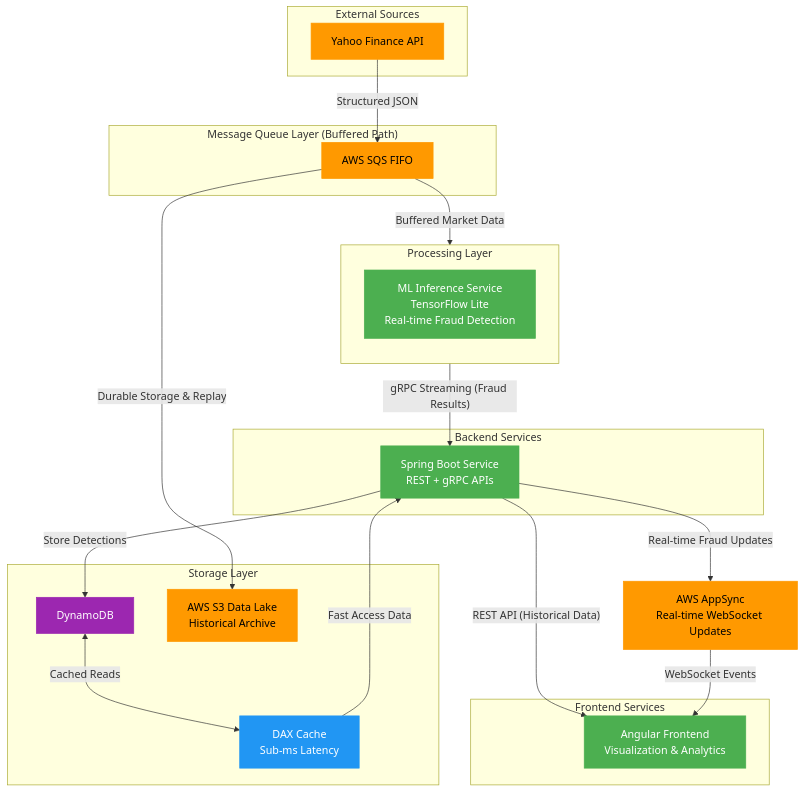
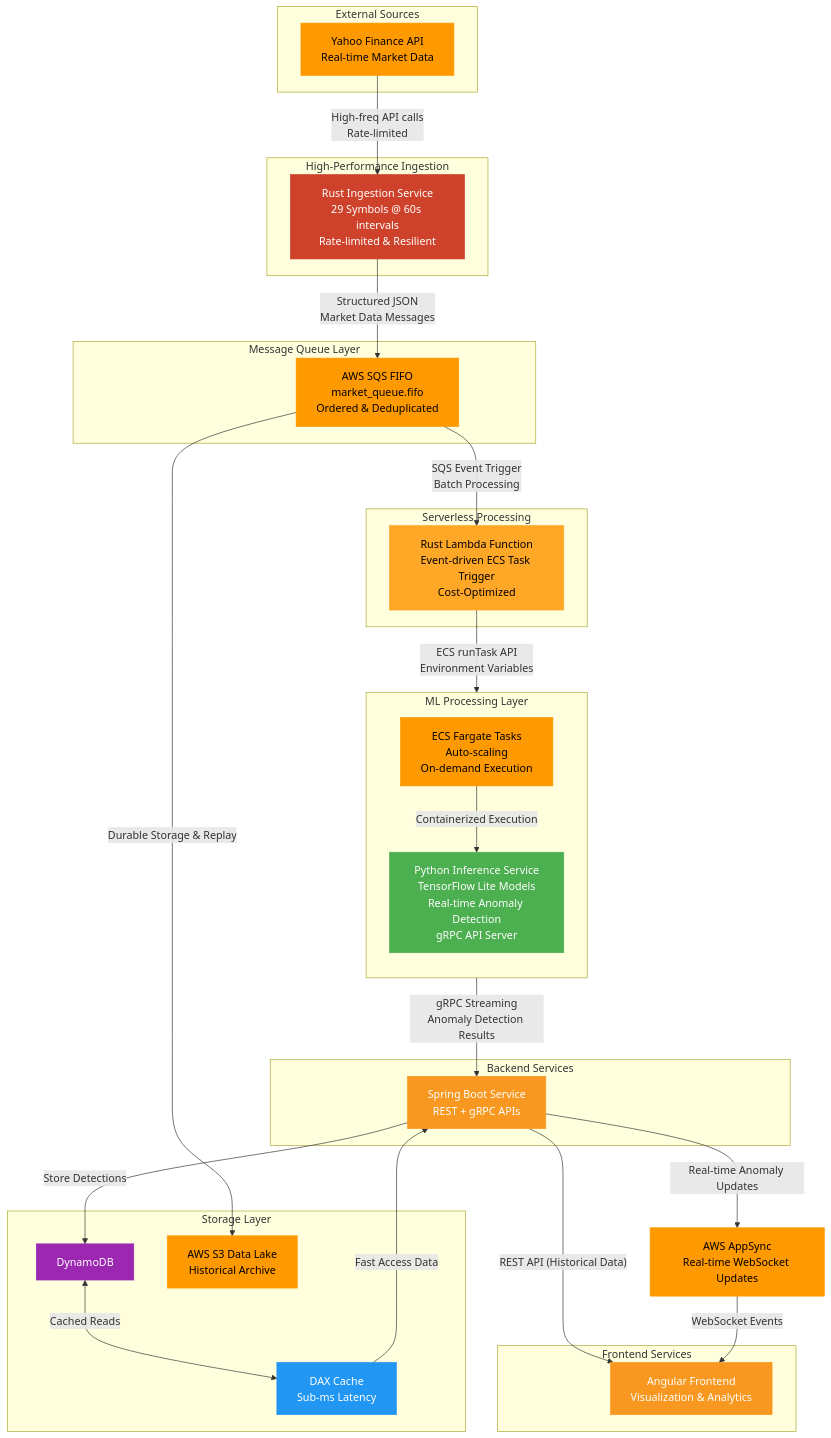
Before and after one commit to A-KGeorge/real-time-market-fraud-detector: the diagram in README.md, drawn with Mermaid. The commit also changed other lines of this file and 32 other files, not shown here.

First line of the commit message:
feat: Implement Market Ingestion Service in Rust

````diff
--- a/README.md
+++ b/README.md
@@ -10,24 +10,38 @@
 flowchart TD
 %% STYLING
 classDef aws fill:#FF9900,color:#000,stroke:#FF9900
-classDef app fill:#4CAF50,color:#fff,stroke:#4CAF50
+classDef rust fill:#CE422B,color:#fff,stroke:#CE422B
+classDef python fill:#4CAF50,color:#fff,stroke:#4CAF50
+classDef java fill:#f89820,color:#fff,stroke:#f89820
 classDef db fill:#9C27B0,color:#fff,stroke:#9C27B0
 classDef cache fill:#2196F3,color:#fff,stroke:#2196F3
+classDef lambda fill:#FFA726,color:#000,stroke:#FFA726
 
 %% SOURCES
 subgraph Sources["External Sources"]
-YAHOO[Yahoo Finance API]:::aws
+YAHOO[Yahoo Finance API<br/>Real-time Market Data]:::aws
+end
+
+%% INGESTION
+subgraph Ingestion["High-Performance Ingestion"]
+RUST[Rust Ingestion Service<br/>29 Symbols @ 60s intervals<br/>Rate-limited & Resilient]:::rust
 end
 
 %% QUEUE LAYER
-subgraph Queue["Message Queue Layer (Buffered Path)"]
-SQS[AWS SQS FIFO]:::aws
+subgraph Queue["Message Queue Layer"]
+SQS[AWS SQS FIFO<br/>market_queue.fifo<br/>Ordered & Deduplicated]:::aws
+end
+
+%% LAMBDA LAYER
+subgraph Lambda["Serverless Processing"]
+LAMBDA[Rust Lambda Function<br/>Event-driven ECS Task Trigger<br/>Cost-Optimized]:::lambda
 end
 
 %% PROCESSING
-subgraph Processing["Processing Layer"]
+subgraph Processing["ML Processing Layer"]
 direction TB
-ML[ML Inference Service<br/>TensorFlow Lite<br/>Real-time Fraud Detection]:::app
+PYTHON[Python Inference Service<br/>TensorFlow Lite Models<br/>Real-time Anomaly Detection<br/>gRPC API Server]:::python
+ECS[ECS Fargate Tasks<br/>Auto-scaling<br/>On-demand Execution]:::aws
 end
 
 %% STORAGE
@@ -39,28 +53,37 @@
 
 %% BACKEND
 subgraph Backend["Backend Services"]
-SB[Spring Boot Service<br/>REST + gRPC APIs]:::app
+SB[Spring Boot Service<br/>REST + gRPC APIs]:::java
 end
 
 %% FRONTEND
 subgraph Frontend["Frontend Services"]
-ANG[Angular Frontend<br/>Visualization & Analytics]:::app
+ANG[Angular Frontend<br/>Visualization & Analytics]:::java
 end
 
 AF[AWS AppSync<br/>Real-time WebSocket Updates]:::aws
 
 %% FLOW CONNECTIONS
-%% Ingestion
-YAHOO -->|"Structured JSON"| SQS
+%% High-frequency ingestion
+YAHOO -->|"High-freq API calls<br/>Rate-limited"| RUST
+
+%% Rust to SQS
+RUST -->|"Structured JSON<br/>Market Data Messages"| SQS
 
 %% Cold Path - Historical Storage
 SQS -->|"Durable Storage & Replay"| S3
 
-%% Buffered Processing
-SQS -->|"Buffered Market Data"| ML
+%% SQS to Lambda (Event-driven)
+SQS -->|"SQS Event Trigger<br/>Batch Processing"| LAMBDA
+
+%% Lambda triggers ECS tasks
+LAMBDA -->|"ECS runTask API<br/>Environment Variables"| ECS
+
+%% ECS runs Python inference
+ECS -->|"Containerized Execution"| PYTHON
 
 %% ML to Backend
-ML -->|"gRPC Streaming (Fraud Results)"| SB
+PYTHON -->|"gRPC Streaming<br/>Anomaly Detection Results"| SB
 
 %% Backend to DB
 SB -->|"Store Detections"| DD
@@ -69,7 +92,7 @@
 
 %% Frontend Connections
 SB -->|"REST API (Historical Data)"| ANG
-SB -->|"Real-time Fraud Updates"| AF
+SB -->|"Real-time Anomaly Updates"| AF
 AF -->|"WebSocket Events"| ANG
 
 ```
````
